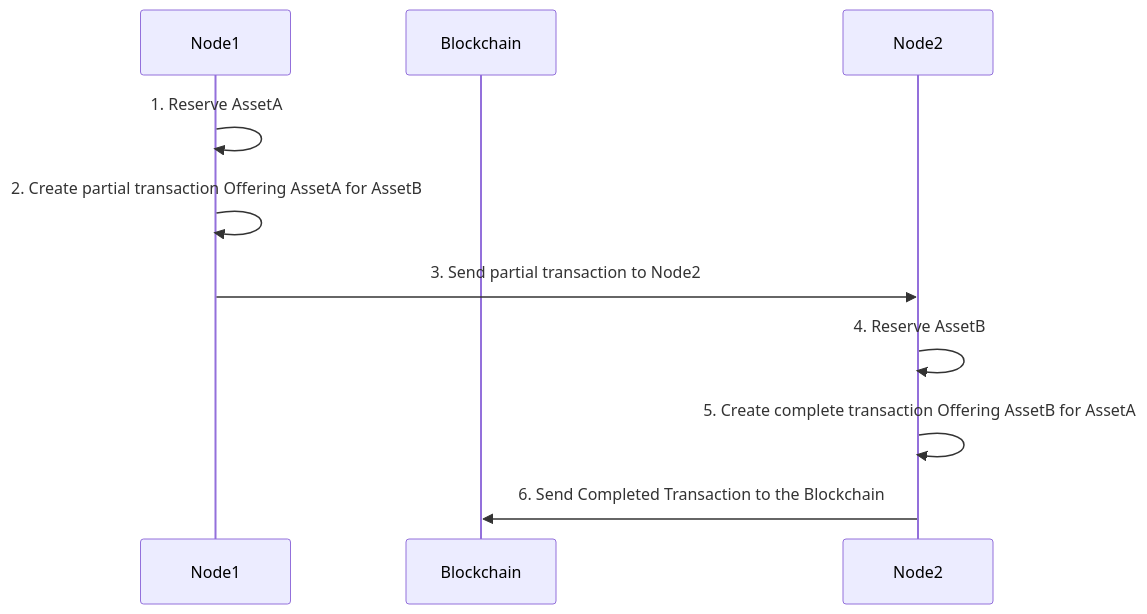
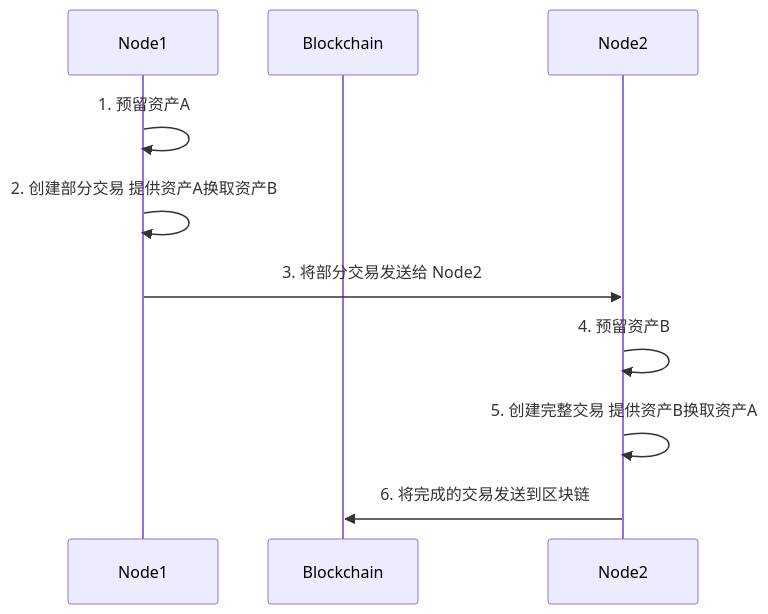
Before and after one commit to RoyLai-InfoCorp/fin556: the diagram in day-6/18-multichain/i-atomic-swap/README.md, drawn with Mermaid. The commit also changed other lines of this file and 23 other files, not shown here.

````diff
--- a/day-6/18-multichain/i-atomic-swap/README.md
+++ b/day-6/18-multichain/i-atomic-swap/README.md
@@ -665,14 +665,14 @@
 ```mermaid
 sequenceDiagram
   participant Node1 as Node1
   participant Blockchain as Blockchain
   participant Node2 as Node2
 
-  Node1->>Node1: 1. Reserve AssetA
-  Node1->>Node1: 2. Create partial transaction Offering AssetA for AssetB
-  Node1->>Node2: 3. Send partial transaction to Node2
-  Node2->>Node2: 4. Reserve AssetB
-  Node2->>Node2: 5. Create complete transaction Offering AssetB for AssetA
-  Node2->>Blockchain: 6. Send Completed Transaction to the Blockchain
+  Node1->>Node1: 1. 预留资产A
+  Node1->>Node1: 2. 创建部分交易 提供资产A换取资产B
+  Node1->>Node2: 3. 将部分交易发送给 Node2
+  Node2->>Node2: 4. 预留资产B
+  Node2->>Node2: 5. 创建完整交易 提供资产B换取资产A
+  Node2->>Blockchain: 6. 将完成的交易发送到区块链
 
 ```
````
